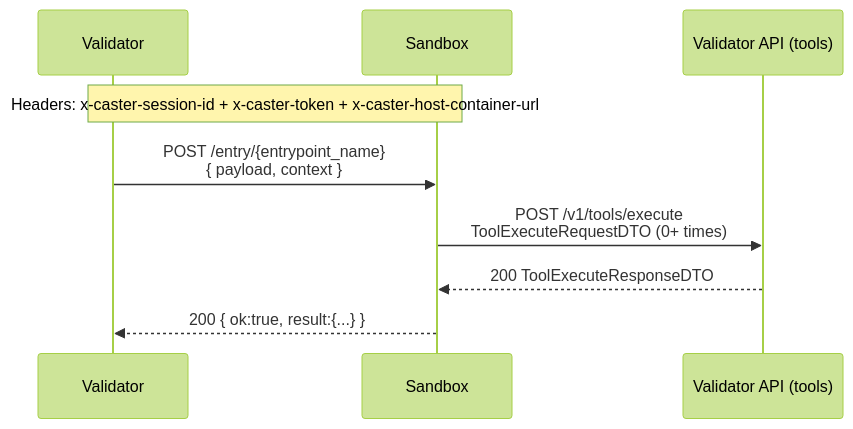
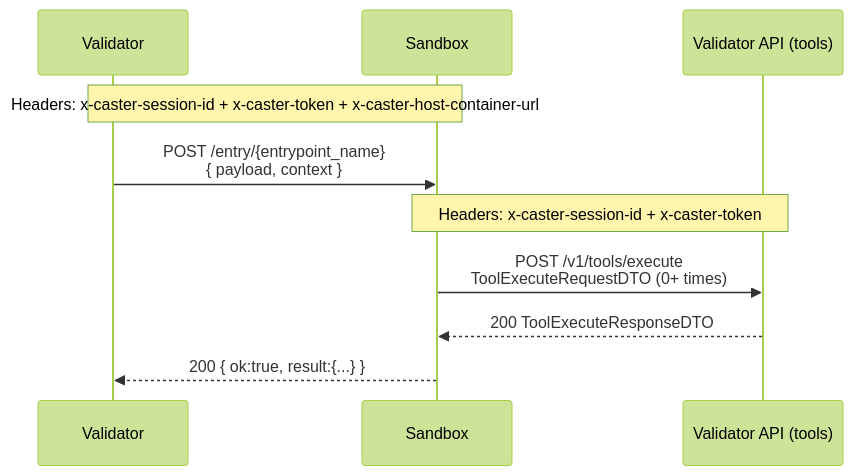
One commit to caster-hub/caster changed the fourth of 7 diagrams in docs/api/flows.md. Above: the diagram before and after it, drawn with Mermaid (forest theme). The commit also changed other lines of this file and 22 other files, not shown here.

````diff
--- a/docs/api/flows.md
+++ b/docs/api/flows.md
@@ -103,14 +103,15 @@
 ```mermaid
 sequenceDiagram
   participant V as Validator
   participant S as Sandbox
   participant VA as Validator API (tools)
 
   Note over V,S: Headers: x-caster-session-id + x-caster-token + x-caster-host-container-url
   V->>S: POST /entry/{entrypoint_name}<br/>{ payload, context }
 
+  Note over S,VA: Headers: x-caster-session-id + x-caster-token
   S->>VA: POST /v1/tools/execute<br/>ToolExecuteRequestDTO (0+ times)
   VA-->>S: 200 ToolExecuteResponseDTO
 
   S-->>V: 200 { ok:true, result:{...} }
 ```
````
